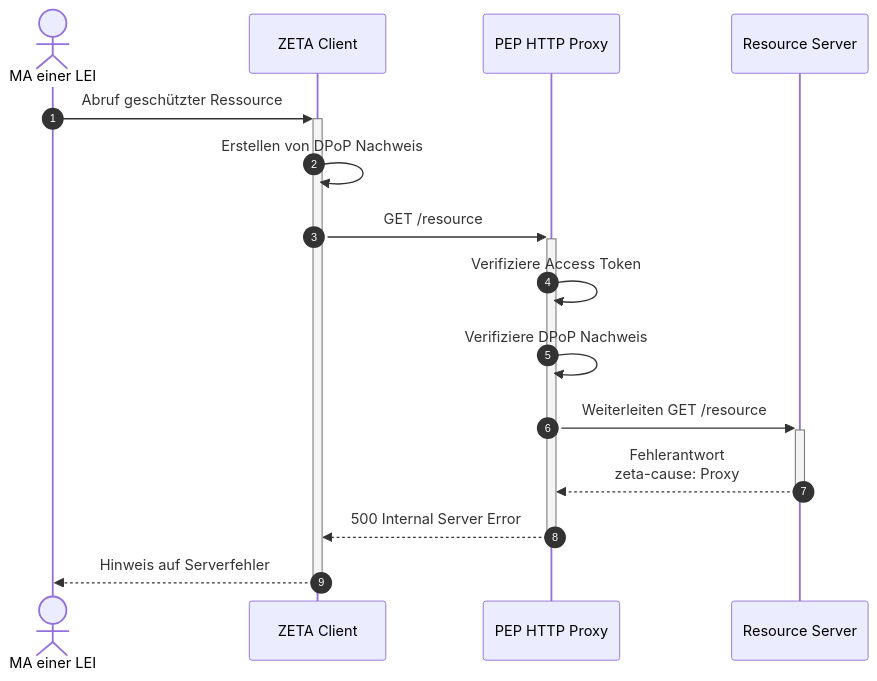
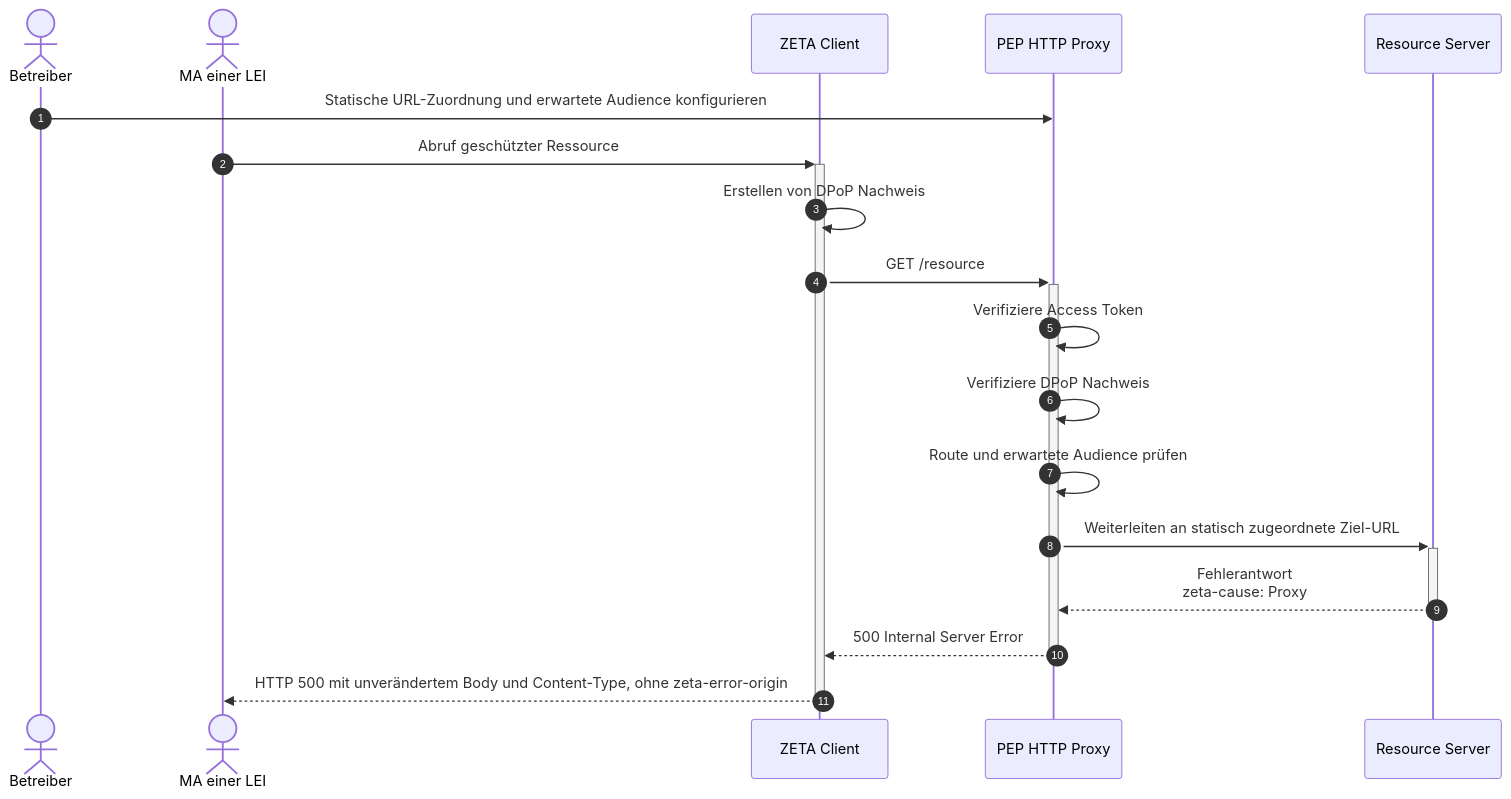
One commit to gematik/zeta-tiger-testsuite changed the diagram in src/test/resources/features/UserStory_01/UseCase_26/readme.adoc. Above: the diagram before and after it, drawn with Mermaid. The commit also changed other lines of this file and 1706 other files, not shown here.

```diff
--- a/src/test/resources/features/UserStory_01/UseCase_26/readme.adoc
+++ b/src/test/resources/features/UserStory_01/UseCase_26/readme.adoc
@@ -64,20 +80,23 @@
 [mermaid,usecase-01-26-sequence,svg]
 ....
 sequenceDiagram
     autonumber
 
+    actor Betreiber
     actor MA as MA einer LEI
     participant ZC as ZETA Client
     participant PEP-HP as PEP HTTP Proxy
     participant RS as Resource Server
 
+    Betreiber->>PEP-HP: Statische URL-Zuordnung und erwartete Audience konfigurieren
     MA->>+ZC: Abruf geschützter Ressource
     ZC->>ZC: Erstellen von DPoP Nachweis
     ZC->>+PEP-HP: GET /resource
     PEP-HP->>PEP-HP: Verifiziere Access Token
     PEP-HP->>PEP-HP: Verifiziere DPoP Nachweis
-    PEP-HP->>+RS: Weiterleiten GET /resource
+    PEP-HP->>PEP-HP: Route und erwartete Audience prüfen
+    PEP-HP->>+RS: Weiterleiten an statisch zugeordnete Ziel-URL
     RS-->>-PEP-HP: Fehlerantwort<br>zeta-cause: Proxy
     PEP-HP-->>-ZC: 500 Internal Server Error
-    ZC-->>-MA: Hinweis auf Serverfehler
+    ZC-->>-MA: HTTP 500 mit unverändertem Body und Content-Type, ohne zeta-error-origin
 ....
```
